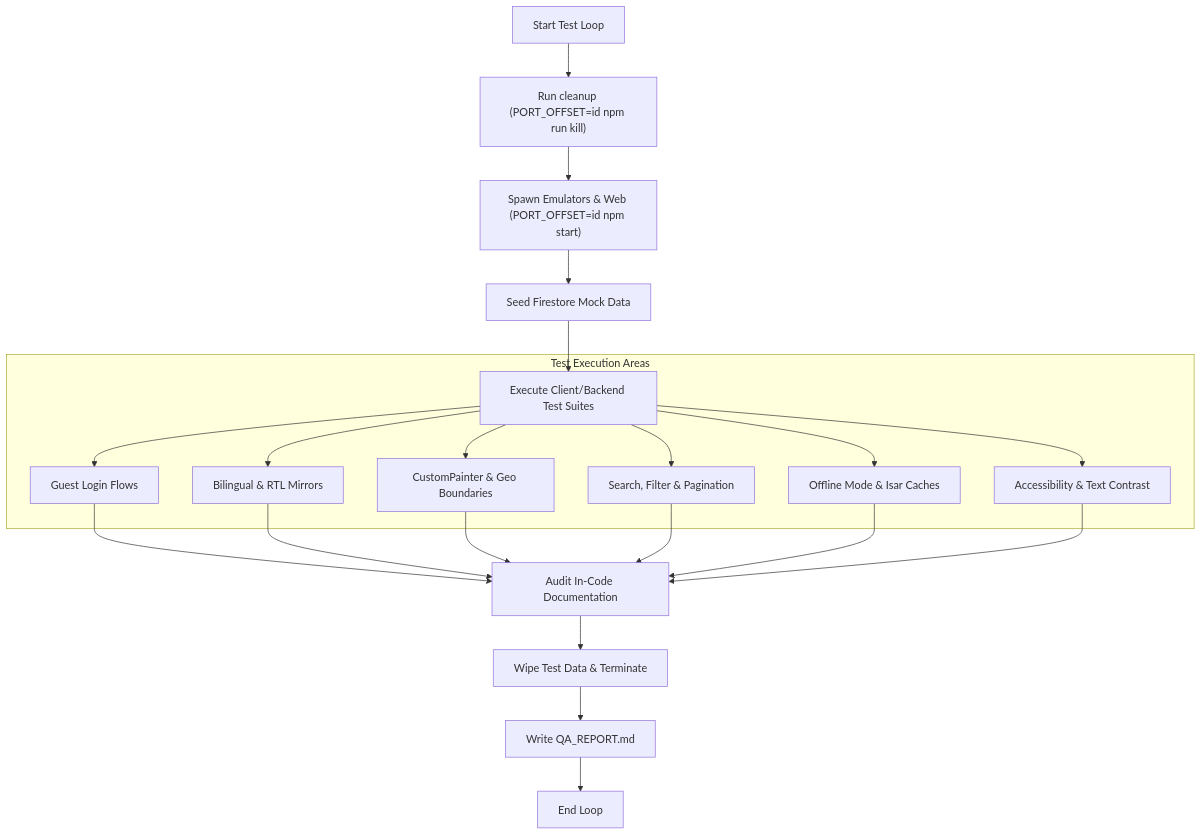
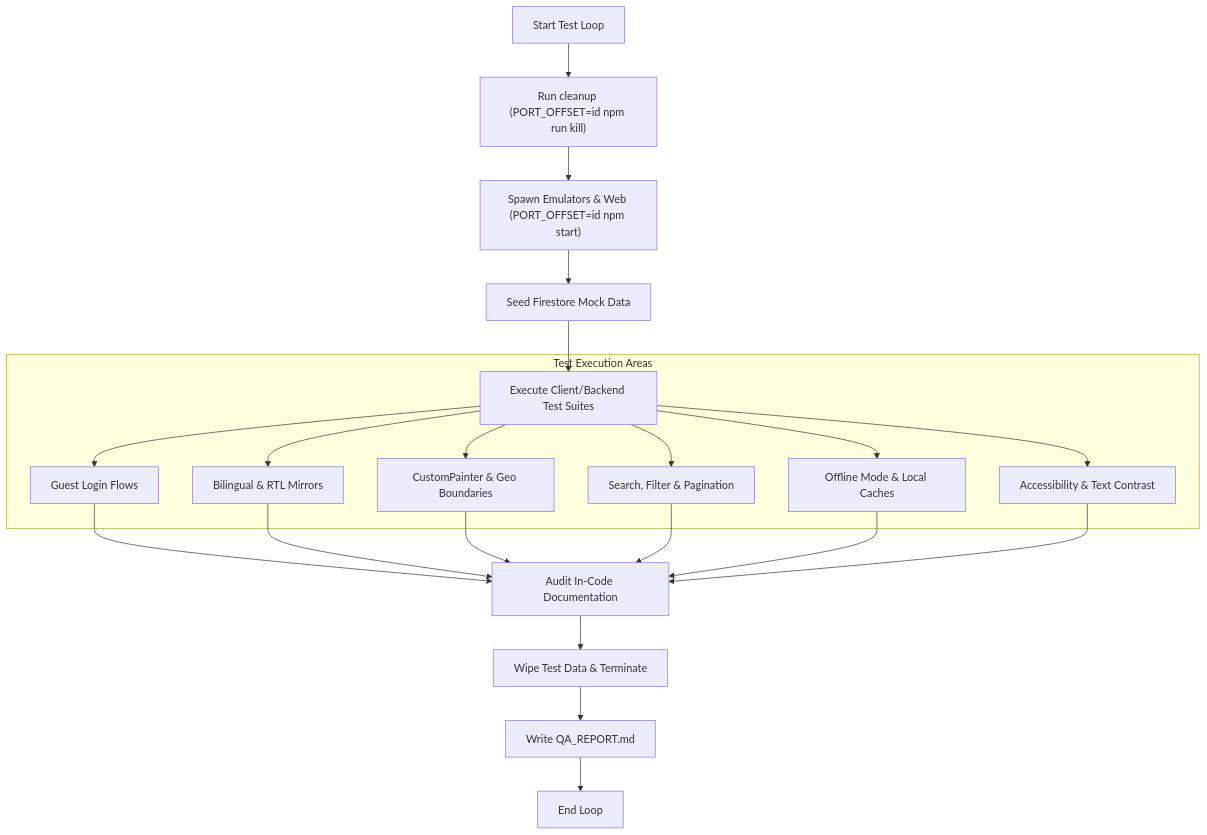
The first of 2 diagrams in .agents/skills/qa/SKILL.md (assafbz/PlainSightIL), drawn with Mermaid before and after one commit. The commit also changed other lines of this file and 7 other files, not shown here.

Commit message:
docs: realign system architecture and diagrams to Provider and SharedPreferences (Option C)

````diff
--- a/.agents/skills/qa/SKILL.md
+++ b/.agents/skills/qa/SKILL.md
@@ -20,27 +20,27 @@
 ```mermaid
 graph TD
     Start[Start Test Loop] --> Kill["Run cleanup (PORT_OFFSET=id npm run kill)"]
     Kill --> Spawn["Spawn Emulators & Web (PORT_OFFSET=id npm start)"]
     Spawn --> Seed[Seed Firestore Mock Data]
     Seed --> RunTests[Execute Client/Backend Test Suites]
     
     subgraph Test Execution Areas
         RunTests --> Guest[Guest Login Flows]
         RunTests --> RTL[Bilingual & RTL Mirrors]
         RunTests --> CustomPaint[CustomPainter & Geo Boundaries]
         RunTests --> Search[Search, Filter & Pagination]
-        RunTests --> Offline[Offline Mode & Isar Caches]
+        RunTests --> Offline[Offline Mode & Local Caches]
         RunTests --> A11y[Accessibility & Text Contrast]
     end
     
     Guest --> AuditDocs[Audit In-Code Documentation]
     RTL --> AuditDocs
     CustomPaint --> AuditDocs
     Search --> AuditDocs
     Offline --> AuditDocs
     A11y --> AuditDocs
     
     AuditDocs --> TearDown[Wipe Test Data & Terminate]
     TearDown --> Report["Write QA_REPORT.md"]
     Report --> End[End Loop]
 ```
````
